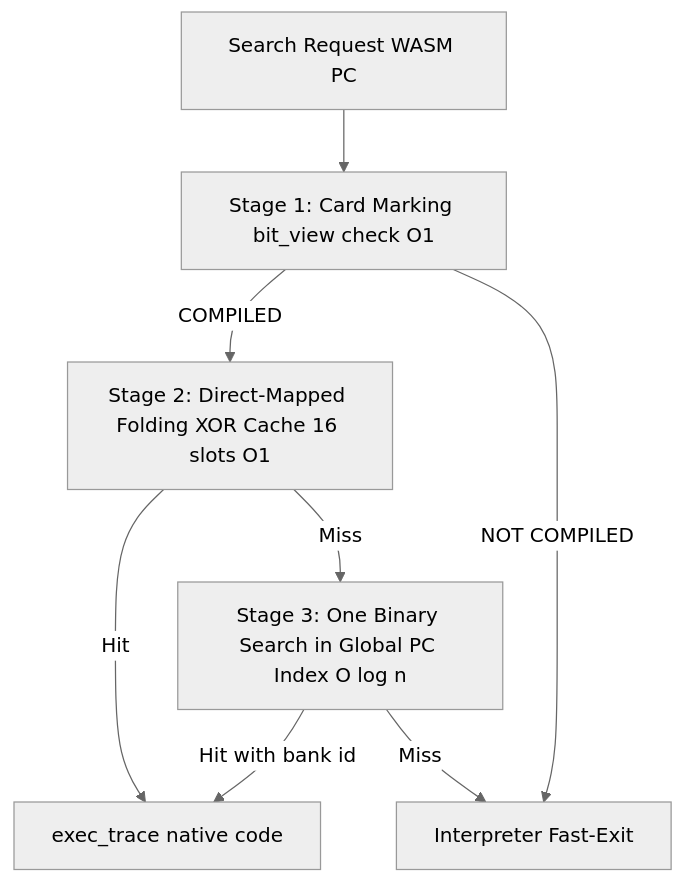
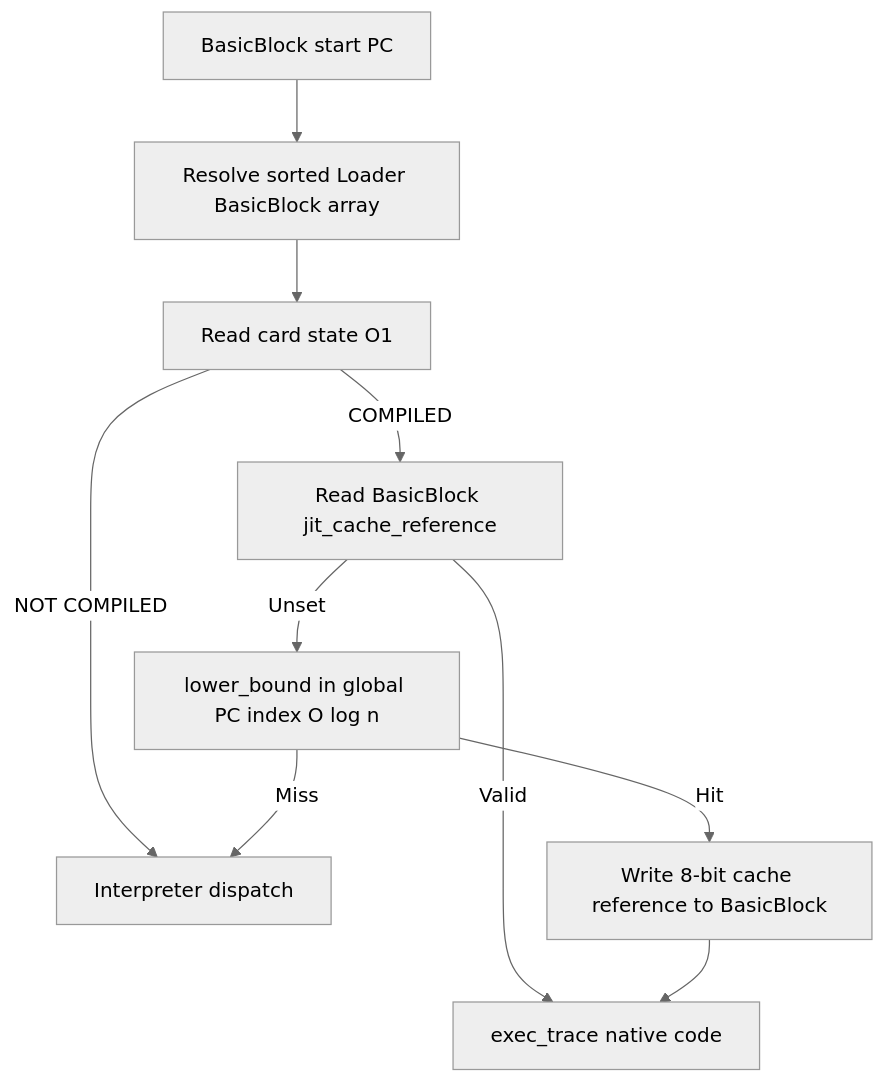
One commit to kmt-t/fireball changed the first of 6 diagrams in docs/components/tier3_plugins/jit_runtime.md. Above: the diagram before and after it, drawn with Mermaid (neutral theme). The commit also changed other lines of this file and 74 other files, not shown here.

First line of the commit message:
refactor(runtime): align interpreter and JIT block execution

````diff
--- a/docs/components/tier3_plugins/jit_runtime.md
+++ b/docs/components/tier3_plugins/jit_runtime.md
@@ -93,10 +95,12 @@
 ```mermaid
 flowchart TD
-    Search[Search Request WASM PC] --> Stage1[Stage 1: Card Marking bit_view check O1]
-    Stage1 -->|COMPILED| Stage2[Stage 2: Direct-Mapped Folding XOR Cache 16 slots O1]
-    Stage1 -->|NOT COMPILED| Interp[Interpreter Fast-Exit]
-    Stage2 -->|Hit| Exec[exec_trace native code]
-    Stage2 -->|Miss| Stage3[Stage 3: One Binary Search in Global PC Index O log n]
-    Stage3 -->|Hit with bank id| Exec
-    Stage3 -->|Miss| Interp
+    Search[BasicBlock start PC] --> Block[Resolve sorted Loader BasicBlock array]
+    Block --> Card[Read card state O1]
+    Card -->|NOT COMPILED| Interp[Interpreter dispatch]
+    Card -->|COMPILED| Ref[Read BasicBlock jit_cache_reference]
+    Ref -->|Valid| Exec[exec_trace native code]
+    Ref -->|Unset| Index[lower_bound in global PC index O log n]
+    Index -->|Hit| Write[Write 8-bit cache reference to BasicBlock]
+    Write --> Exec
+    Index -->|Miss| Interp
 ```
````
